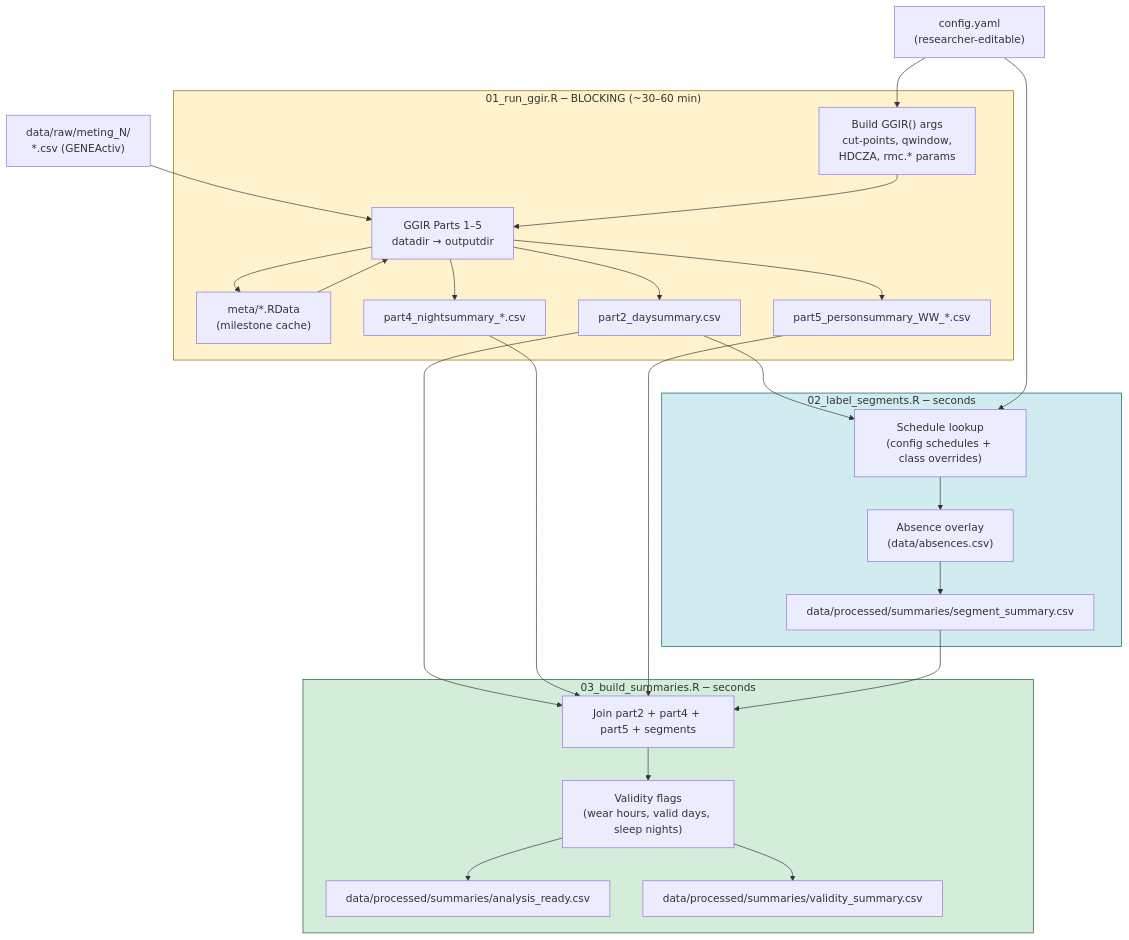
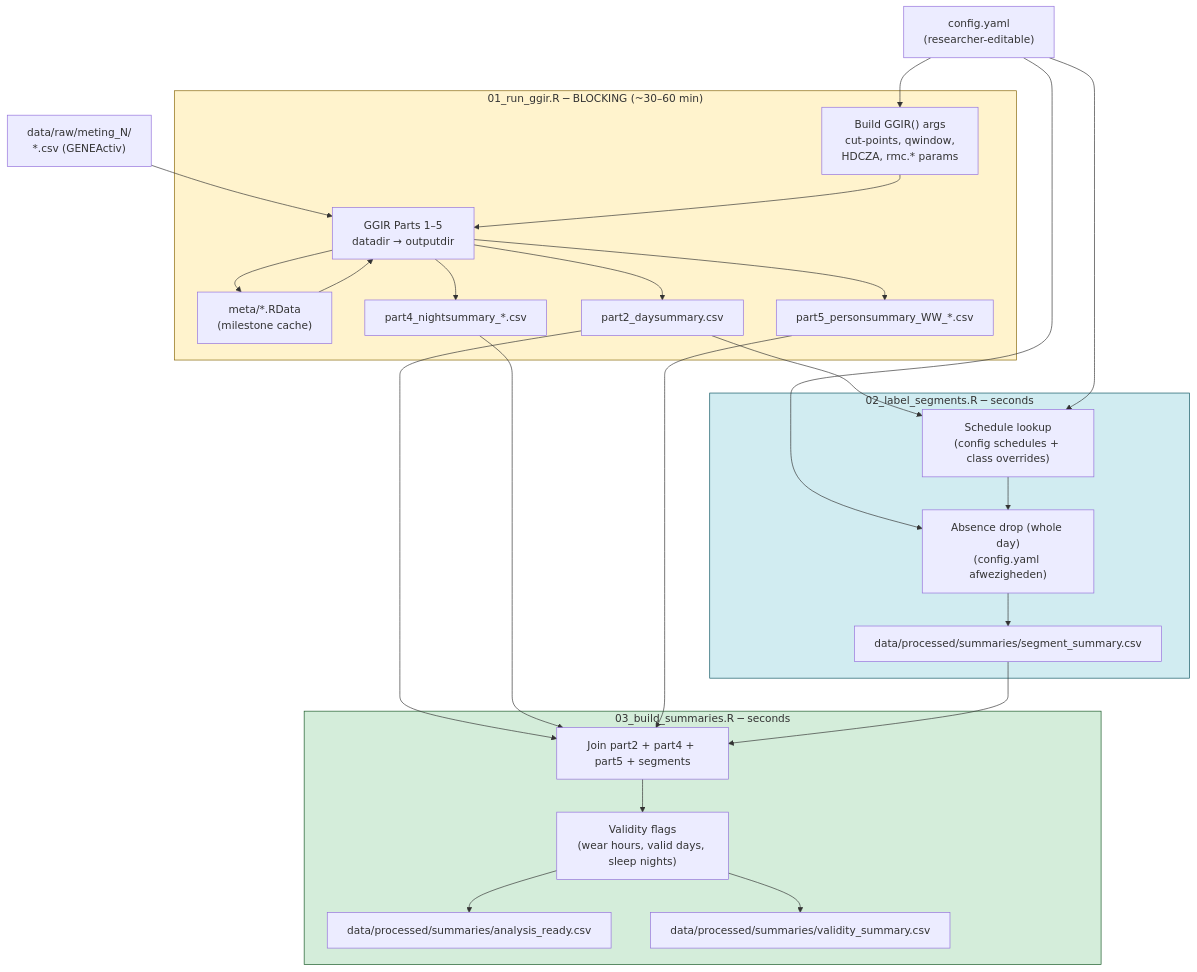
One commit to timothydhoe/veerleproject changed the first of 3 diagrams in ARCHITECTURE.md. Above: the diagram before and after it, drawn with Mermaid. The commit also changed other lines of this file and 16 other files, not shown here.

````diff
--- a/ARCHITECTURE.md
+++ b/ARCHITECTURE.md
@@ -76,53 +77,54 @@
 ```mermaid
 flowchart TD
     CFG["config.yaml\n(researcher-editable)"]
     RAW["data/raw/meting_N/\n*.csv (GENEActiv)"]
 
     subgraph step01["01_run_ggir.R  ─  BLOCKING  (~30–60 min)"]
         ARGS["Build GGIR() args\ncut-points, qwindow,\nHDCZA, rmc.* params"]
         GGIR["GGIR Parts 1–5\ndatadir → outputdir"]
         META["meta/*.RData\n(milestone cache)"]
         P2["part2_daysummary.csv"]
         P4["part4_nightsummary_*.csv"]
         P5["part5_personsummary_WW_*.csv"]
     end
 
     subgraph step02["02_label_segments.R  ─  seconds"]
         SCHED["Schedule lookup\n(config schedules + class overrides)"]
-        ABS["Absence overlay\n(data/absences.csv)"]
+        ABS["Absence drop (whole day)\n(config.yaml afwezigheden)"]
         SEG["data/processed/summaries/segment_summary.csv"]
     end
 
     subgraph step03["03_build_summaries.R  ─  seconds"]
         JOIN["Join part2 + part4 + part5 + segments"]
         VAL["Validity flags\n(wear hours, valid days, sleep nights)"]
         READY["data/processed/summaries/analysis_ready.csv"]
         VSUM["data/processed/summaries/validity_summary.csv"]
     end
 
     CFG --> ARGS
     RAW --> GGIR
     ARGS --> GGIR
     GGIR --> META
     META --> GGIR
     GGIR --> P2
     GGIR --> P4
     GGIR --> P5
 
     P2 --> SCHED
     CFG --> SCHED
+    CFG --> ABS
     SCHED --> ABS
     ABS --> SEG
 
     P2 --> JOIN
     P4 --> JOIN
     P5 --> JOIN
     SEG --> JOIN
     JOIN --> VAL
     VAL --> READY
     VAL --> VSUM
 
     style step01 fill:#fff3cd,stroke:#856404
     style step02 fill:#d1ecf1,stroke:#0c5460
     style step03 fill:#d4edda,stroke:#155724
 ```
````
